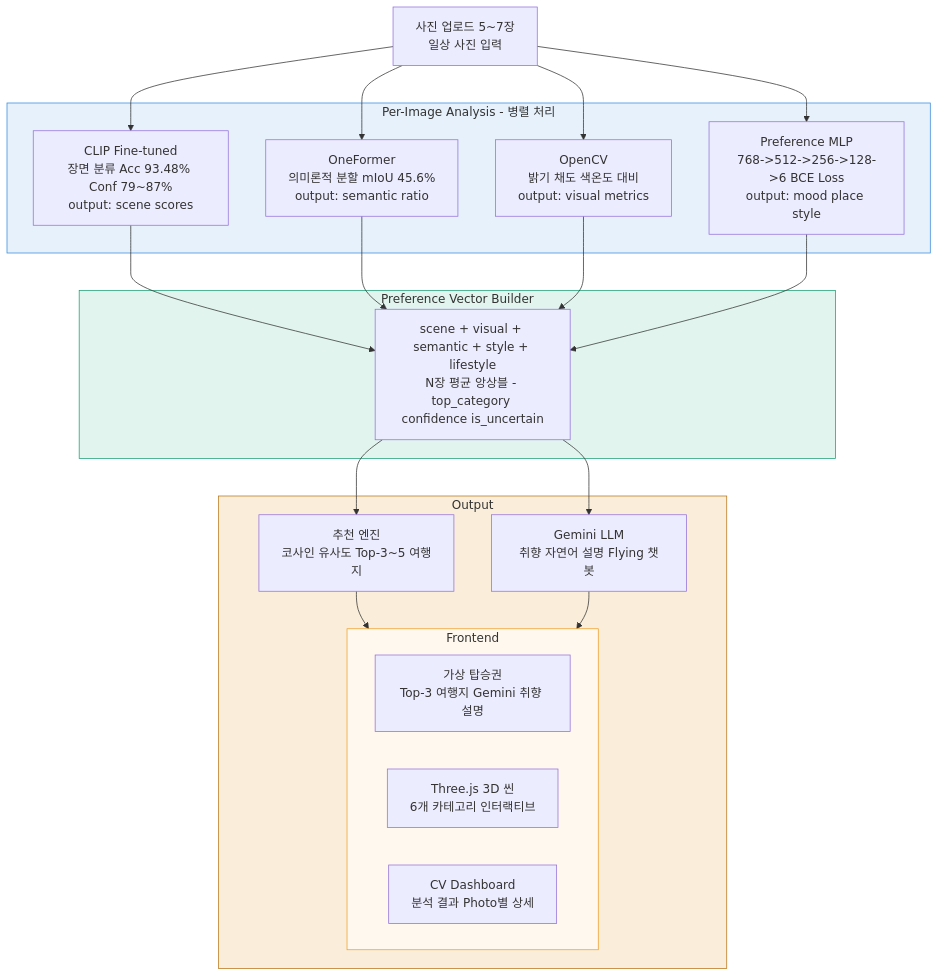
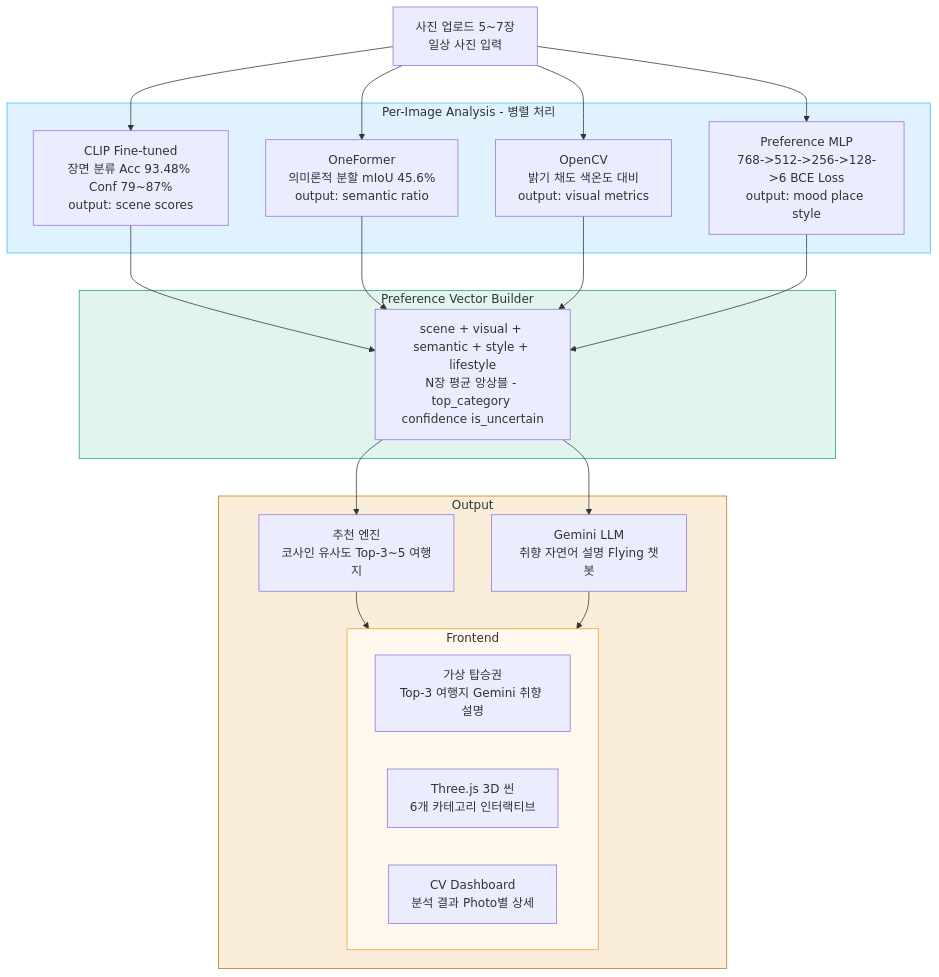
One commit to ysnni2/PhotoTrip changed the first of 2 diagrams in README.md. Above: the diagram before and after it, drawn with Mermaid. The commit also changed other lines of this file, not shown here.

````diff
--- a/README.md
+++ b/README.md
@@ -207,38 +225,38 @@
 ```mermaid
 flowchart TD
     INPUT["사진 업로드 5~7장\n일상 사진 입력"]
     INPUT --> CLIP
     INPUT --> ONE
     INPUT --> OCV
     INPUT --> SMLP
     subgraph ANALYSIS["Per-Image Analysis - 병렬 처리"]
         CLIP["CLIP Fine-tuned\n장면 분류 Acc 93.48% Conf 79~87%\noutput: scene scores"]
         ONE["OneFormer\n의미론적 분할 mIoU 45.6%\noutput: semantic ratio"]
         OCV["OpenCV\n밝기 채도 색온도 대비\noutput: visual metrics"]
         SMLP["Preference MLP\n768->512->256->128->6 BCE Loss\noutput: mood place style"]
     end
     CLIP --> PV
     ONE --> PV
     OCV --> PV
     SMLP --> PV
     subgraph VECTOR["Preference Vector Builder"]
         PV["scene + visual + semantic + style + lifestyle\nN장 평균 앙상블 - top_category confidence is_uncertain"]
     end
     PV --> REC
     PV --> GEM
     subgraph OUTPUT["Output"]
         REC["추천 엔진\n코사인 유사도 Top-3~5 여행지"]
         GEM["Gemini LLM\n취향 자연어 설명 Flying 챗봇"]
         REC --> FE
         GEM --> FE
         subgraph FE["Frontend"]
             T1["가상 탑승권\nTop-3 여행지 Gemini 취향 설명"]
             T2["Three.js 3D 씬\n6개 카테고리 인터랙티브"]
             T3["CV Dashboard\n분석 결과 Photo별 상세"]
         end
     end
-    style ANALYSIS fill:#e6f1fb,stroke:#378add
+    style ANALYSIS fill:#e0f2fe,stroke:#38BDF8
     style VECTOR fill:#e1f5ee,stroke:#1d9e75
     style OUTPUT fill:#faeeda,stroke:#ba7517
     style FE fill:#fff8ee,stroke:#ef9f27
 ```
````
